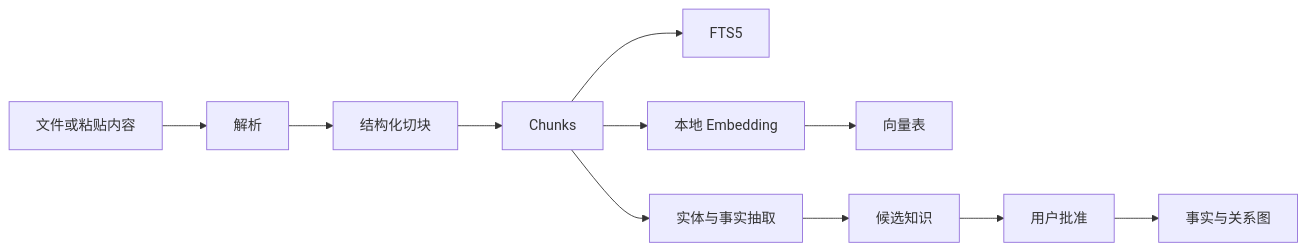
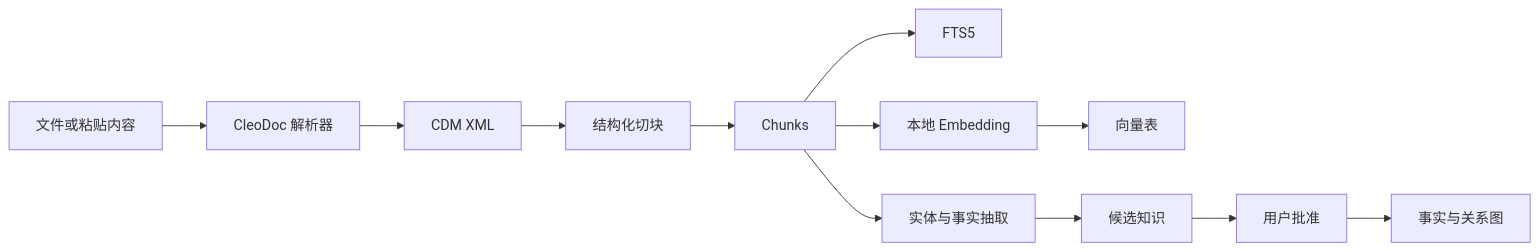
Before and after one commit to Mengman/CleoDoc: the third of 4 diagrams in docs/TECHNICAL_ARCHITECTURE.md, drawn with Mermaid. The commit also changed other lines of this file and 8 other files, not shown here.

````diff
--- a/docs/TECHNICAL_ARCHITECTURE.md
+++ b/docs/TECHNICAL_ARCHITECTURE.md
@@ -416,13 +419,14 @@
 ```mermaid
 flowchart LR
-    SOURCE["文件或粘贴内容"] --> PARSE["解析"]
-    PARSE --> CHUNK["结构化切块"]
+    SOURCE["文件或粘贴内容"] --> PARSE["CleoDoc 解析器"]
+    PARSE --> CDM["CDM XML"]
+    CDM --> CHUNK["结构化切块"]
     CHUNK --> SQLITE["Chunks"]
     SQLITE --> FTS["FTS5"]
     SQLITE --> EMBED["本地 Embedding"]
     SQLITE --> EXTRACT["实体与事实抽取"]
     EMBED --> VECTOR["向量表"]
     EXTRACT --> CANDIDATE["候选知识"]
     CANDIDATE --> APPROVE["用户批准"]
     APPROVE --> GRAPH["事实与关系图"]
 ```
````
